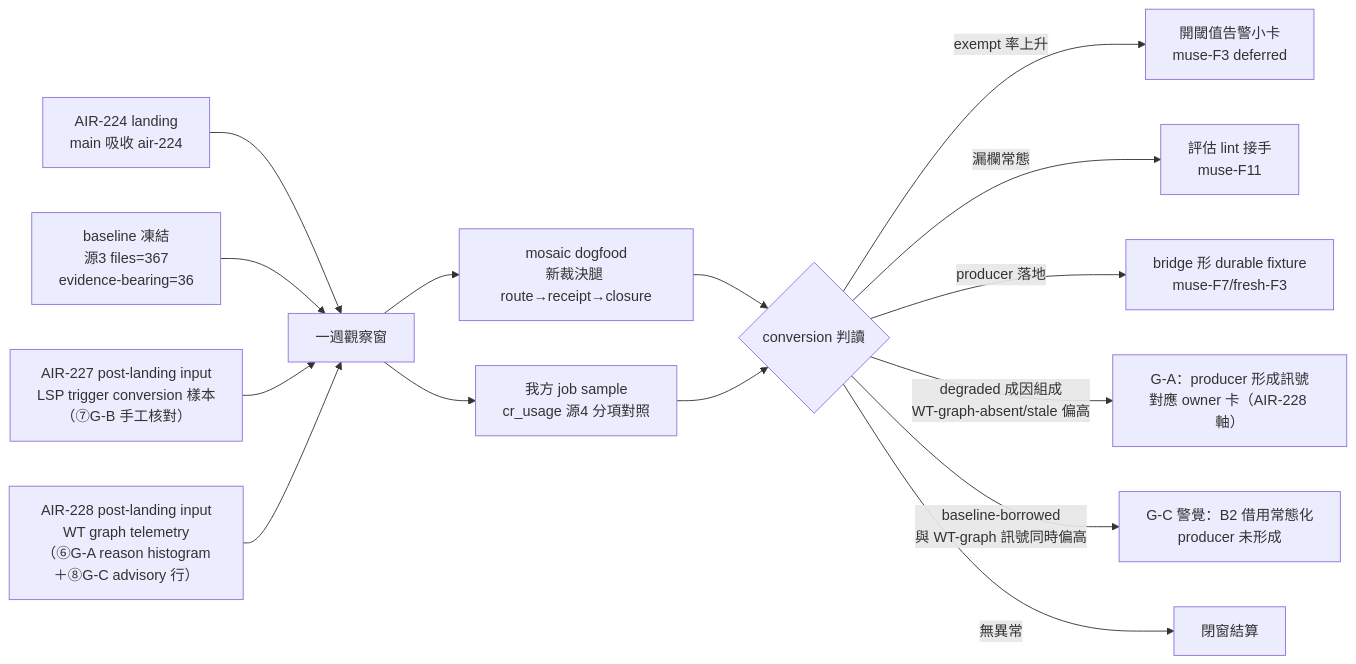
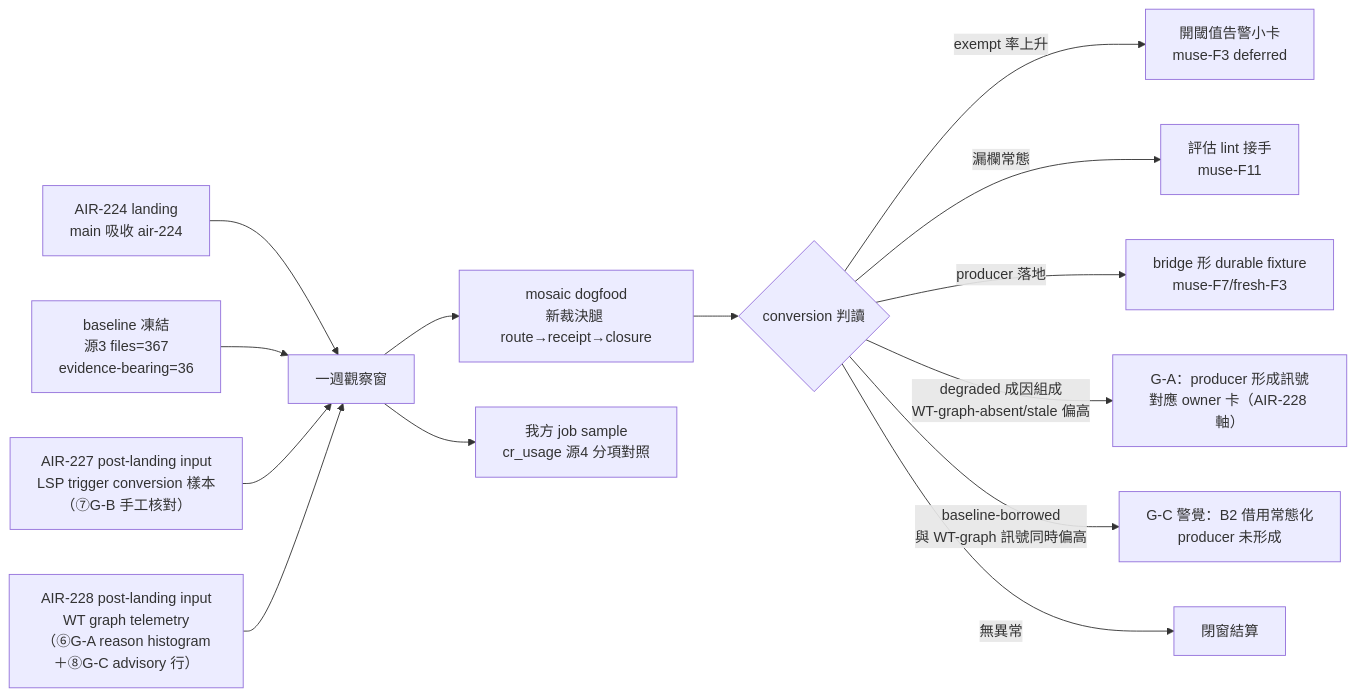
The first of 2 diagrams in backlog/tasks/air-224.1 - CR-receipt-閉環一週觀察——conversion-驗證與殘留指標.md (ChiahungTai/ai-guide), drawn with Mermaid before and after one commit. The commit also changed other lines of this file, not shown here.

````diff
--- a/backlog/tasks/air-224.1 - CR-receipt-閉環一週觀察——conversion-驗證與殘留指標.md
+++ b/backlog/tasks/air-224.1 - CR-receipt-閉環一週觀察——conversion-驗證與殘留指標.md
@@ -25,17 +25,16 @@
 ```mermaid
 flowchart LR
     L["AIR-224 landing<br/>main 吸收 air-224"] --> W["一週觀察窗"]
     B["baseline 凍結<br/>源3 files=367<br/>evidence-bearing=36"] --> W
     P7["AIR-227 post-landing input<br/>LSP trigger conversion 樣本<br/>（⑦G-B 手工核對）"] --> W
     P8["AIR-228 post-landing input<br/>WT graph telemetry<br/>（⑥G-A reason histogram＋⑧G-C advisory 行）"] --> W
     W --> M["mosaic dogfood<br/>新裁決腿 route→receipt→closure"]
     W --> J["我方 job sample<br/>cr_usage 源4 分項對照"]
     M --> O{"conversion 判讀"}
-    J --> O
     O -->|"exempt 率上升"| A["開閾值告警小卡<br/>muse-F3 deferred"]
     O -->|"漏欄常態"| R["評估 lint 接手<br/>muse-F11"]
     O -->|"producer 落地"| D["bridge 形 durable fixture<br/>muse-F7/fresh-F3"]
     O -->|"degraded 成因組成<br/>WT-graph-absent/stale 偏高"| GA["G-A：producer 形成訊號<br/>對應 owner 卡（AIR-228 軸）"]
     O -->|"baseline-borrowed<br/>與 WT-graph 訊號同時偏高"| GC["G-C 警覺：B2 借用常態化<br/>producer 未形成"]
     O -->|"無異常"| Z["閉窗結算"]
 ```
````
